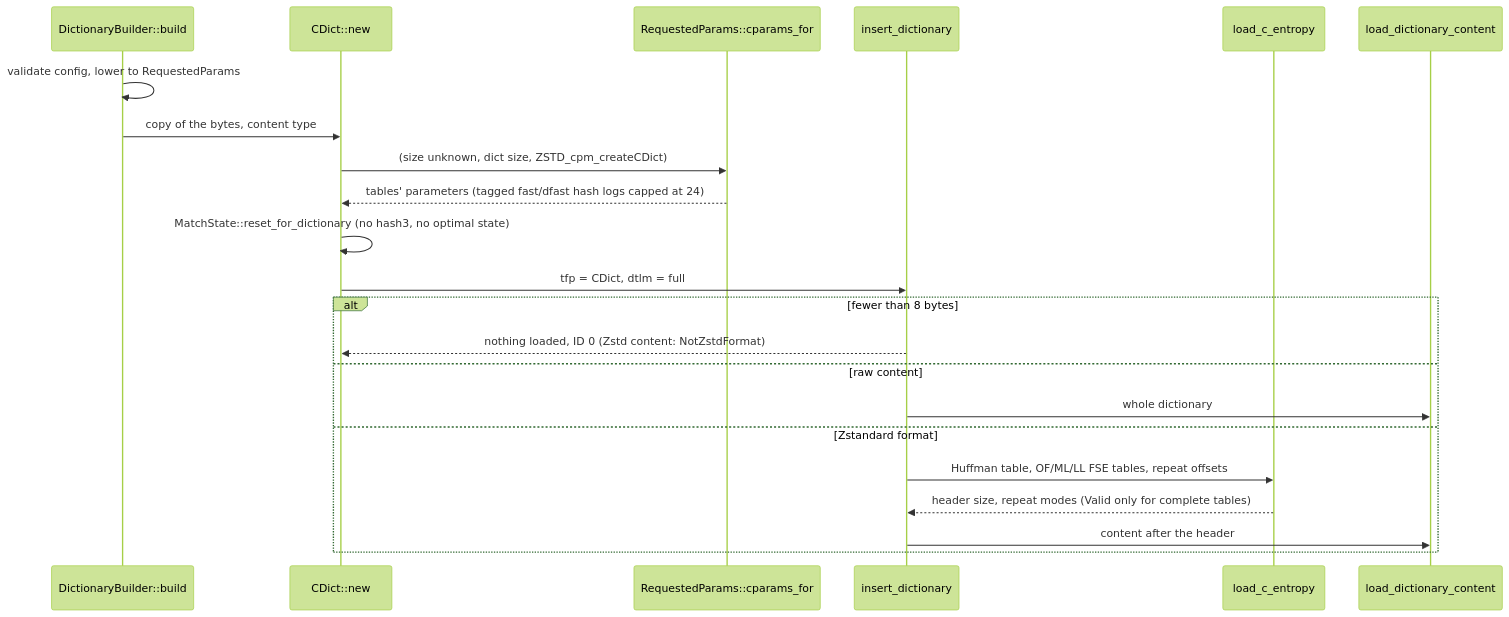
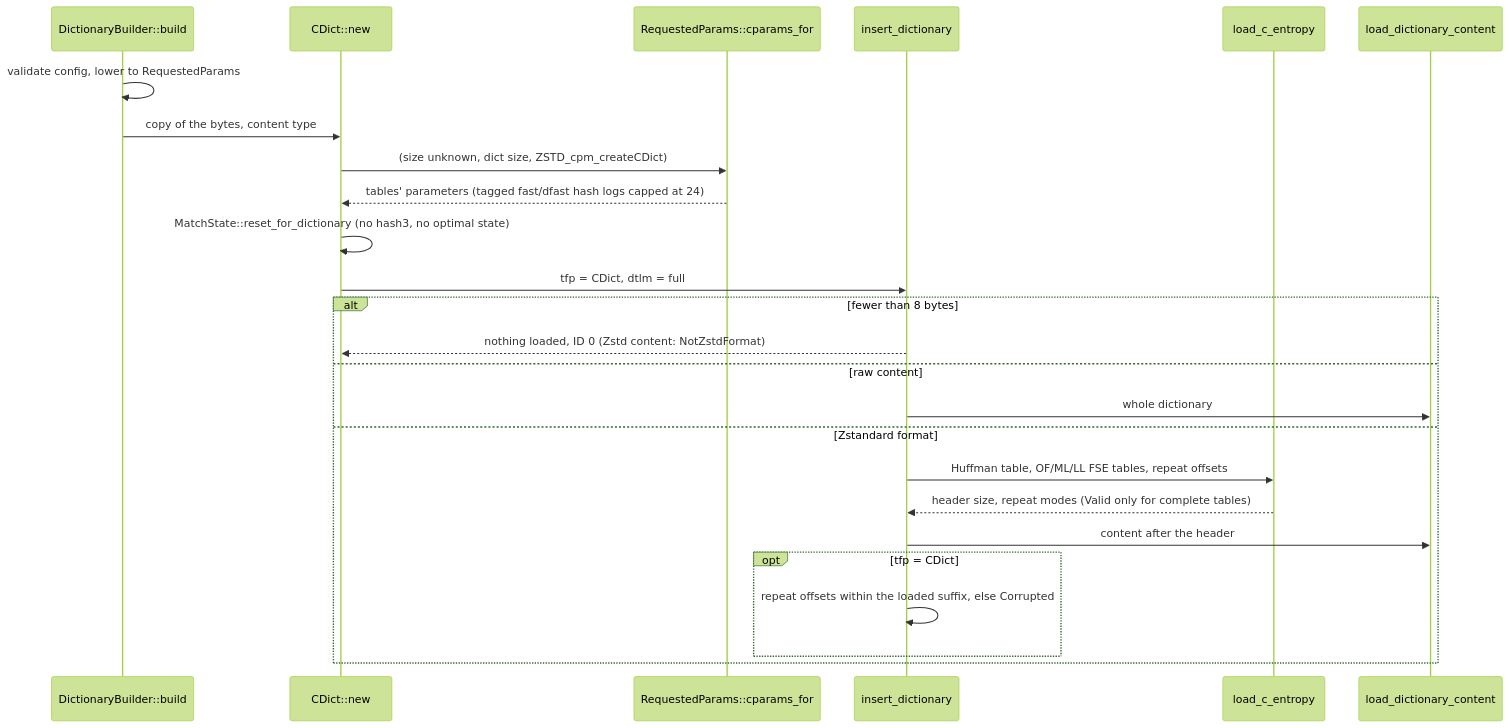
The third of 4 diagrams in architecture/dictionaries.md (M-Compressors/mzstd), drawn with Mermaid (forest theme) before and after one commit. The commit also changed other lines of this file and 63 other files, not shown here.

````diff
--- a/architecture/dictionaries.md
+++ b/architecture/dictionaries.md
@@ -98,24 +98,27 @@
 ```mermaid
 sequenceDiagram
     participant B as DictionaryBuilder::build
     participant C as CDict::new
     participant P as RequestedParams::cparams_for
     participant I as insert_dictionary
     participant E as load_c_entropy
     participant L as load_dictionary_content
     B->>B: validate config, lower to RequestedParams
     B->>C: copy of the bytes, content type
     C->>P: (size unknown, dict size, ZSTD_cpm_createCDict)
     P-->>C: tables' parameters (tagged fast/dfast hash logs capped at 24)
     C->>C: MatchState::reset_for_dictionary (no hash3, no optimal state)
     C->>I: tfp = CDict, dtlm = full
     alt fewer than 8 bytes
         I-->>C: nothing loaded, ID 0 (Zstd content: NotZstdFormat)
     else raw content
         I->>L: whole dictionary
     else Zstandard format
         I->>E: Huffman table, OF/ML/LL FSE tables, repeat offsets
         E-->>I: header size, repeat modes (Valid only for complete tables)
         I->>L: content after the header
+        opt tfp = CDict
+            I->>I: repeat offsets within the loaded suffix, else Corrupted
+        end
     end
 ```
````
